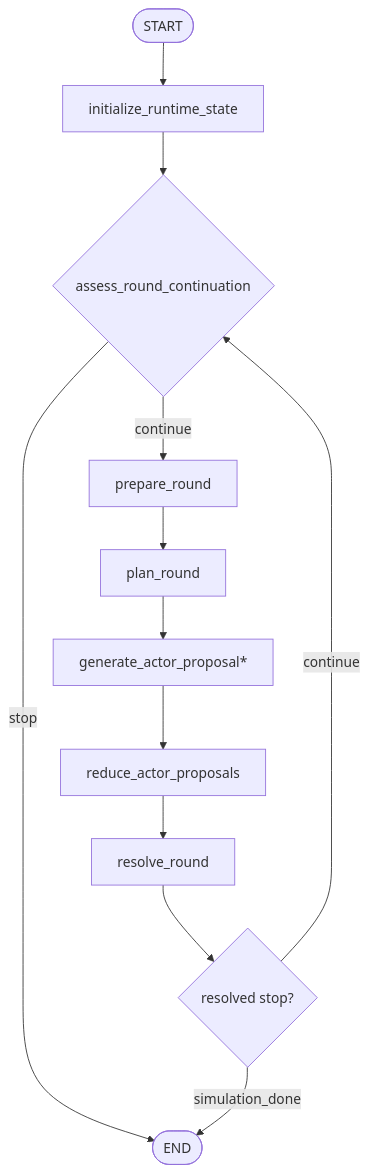
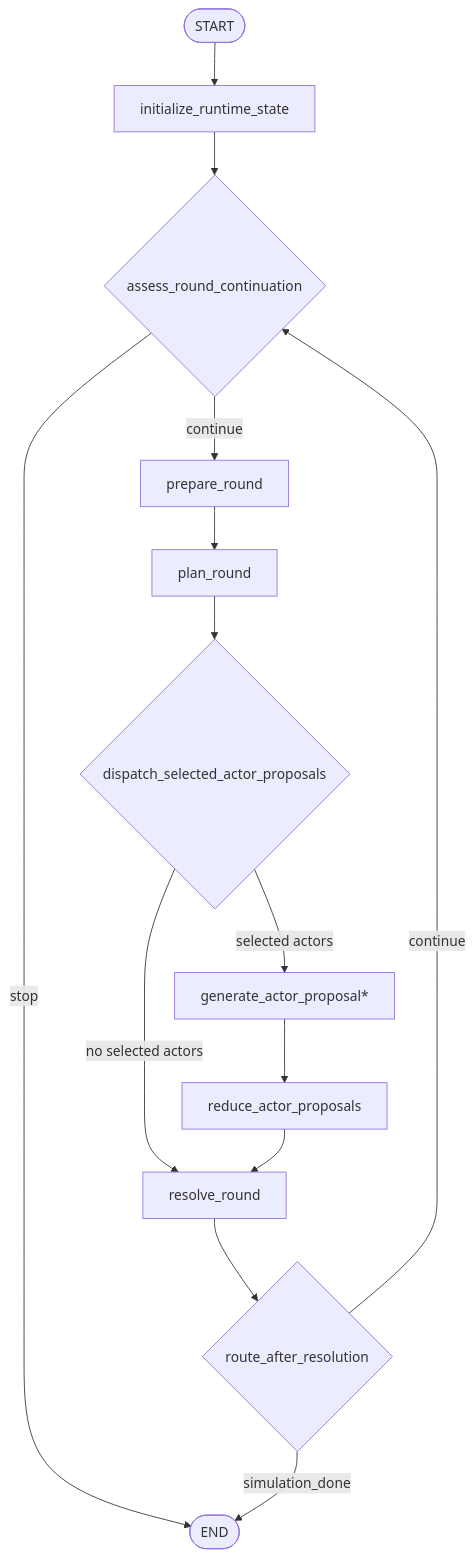
The diagram in docs/workflows/runtime.md (keonho-kim/simula), drawn with Mermaid before and after one commit. The commit also changed other lines of this file and 14 other files, not shown here.

````diff
--- a/docs/workflows/runtime.md
+++ b/docs/workflows/runtime.md
@@ -10,14 +10,16 @@
 ```mermaid
 flowchart TD
     Start([START]) --> Init["initialize_runtime_state"]
     Init --> Continue{"assess_round_continuation"}
     Continue -->|continue| Prepare["prepare_round"]
     Continue -->|stop| End([END])
     Prepare --> Plan["plan_round"]
-    Plan --> FanOut["generate_actor_proposal*"]
+    Plan --> Dispatch{"dispatch_selected_actor_proposals"}
+    Dispatch -->|selected actors| FanOut["generate_actor_proposal*"]
+    Dispatch -->|no selected actors| Resolve["resolve_round"]
     FanOut --> Reduce["reduce_actor_proposals"]
-    Reduce --> Resolve["resolve_round"]
-    Resolve --> Route{"resolved stop?"}
+    Reduce --> Resolve
+    Resolve --> Route{"route_after_resolution"}
+    Route -->|simulation_done| End
     Route -->|continue| Continue
-    Route -->|simulation_done| End
 ```
````
